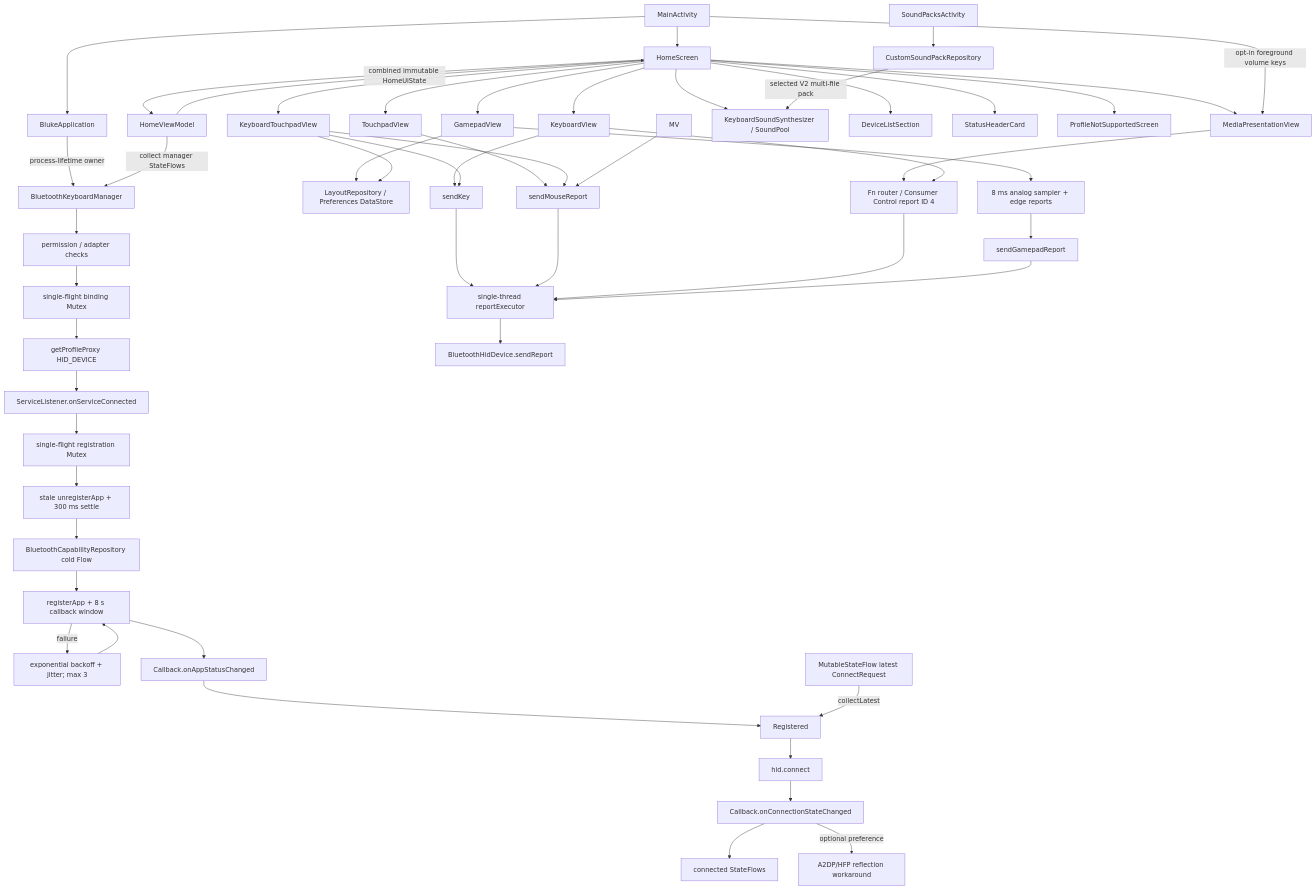
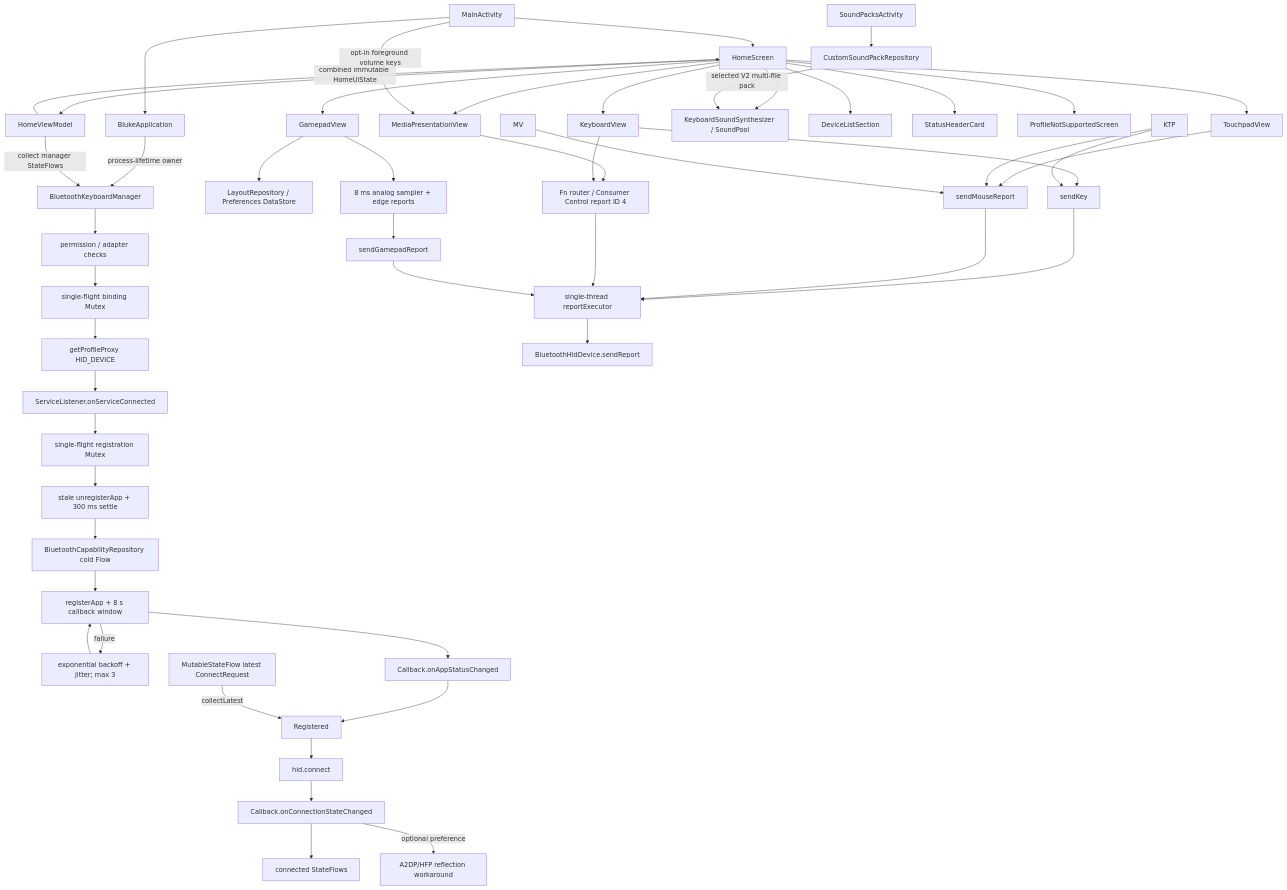
One commit to arnav-kr/Bluke changed the diagram in docs/AUDIT.md. Above: the diagram before and after it, drawn with Mermaid. The commit also changed other lines of this file and 6 other files, not shown here.

````diff
--- a/docs/AUDIT.md
+++ b/docs/AUDIT.md
@@ -187,55 +185,53 @@
 ```mermaid
 flowchart TD
     APP[BlukeApplication] -->|process-lifetime owner| BKM[BluetoothKeyboardManager]
     MA[MainActivity] --> APP
     MA --> HS[HomeScreen]
     HS --> HVM[HomeViewModel]
     HVM -->|combined immutable HomeUiState| HS
     HVM -->|collect manager StateFlows| BKM
     HS --> KB[KeyboardView]
     HS --> TP[TouchpadView]
-    HS --> KTP[KeyboardTouchpadView]
     HS --> MP[MediaPresentationView]
     HS --> GP[GamepadView]
     HS --> KSS[KeyboardSoundSynthesizer / SoundPool]
     SPA[SoundPacksActivity] --> CSP[CustomSoundPackRepository]
     CSP -->|selected V2 multi-file pack| KSS
     GP --> LR[LayoutRepository / Preferences DataStore]
-    KTP --> LR
     MP --> CC[Consumer Control + keyboard reports]
     MA -->|opt-in foreground volume keys| MP
     HS --> DLS[DeviceListSection]
     HS --> SHC[StatusHeaderCard]
     HS --> PNS[ProfileNotSupportedScreen]
 
     BKM --> CAP[permission / adapter checks]
     CAP --> GPP[single-flight binding Mutex]
     GPP --> GPC[getProfileProxy HID_DEVICE]
     GPC --> PSC[ServiceListener.onServiceConnected]
     PSC --> RM[single-flight registration Mutex]
     RM --> UA[stale unregisterApp + 300 ms settle]
     UA --> BCR[BluetoothCapabilityRepository cold Flow]
     BCR --> RA[registerApp + 8 s callback window]
     RA -->|failure| BO[exponential backoff + jitter; max 3]
     BO --> RA
     RA --> ASC[Callback.onAppStatusChanged]
     ASC --> REG[Registered]
     REQ[MutableStateFlow latest ConnectRequest] -->|collectLatest| REG
     REG --> CON[hid.connect]
     CON --> CSC[Callback.onConnectionStateChanged]
     CSC --> CR[connected StateFlows]
     CSC -->|optional preference| AUDIO[A2DP/HFP reflection workaround]
     KB --> SR[sendKey]
     TP --> MR[sendMouseReport]
     KTP --> SR
     KTP --> MR
     MV --> MR
     KB --> CC[Fn router / Consumer Control report ID 4]
     GP --> TICK[8 ms analog sampler + edge reports]
     TICK --> GR[sendGamepadReport]
     SR --> Q[single-thread reportExecutor]
     MR --> Q
     CC --> Q
     GR --> Q
     Q --> HID[BluetoothHidDevice.sendReport]
 ```
````
